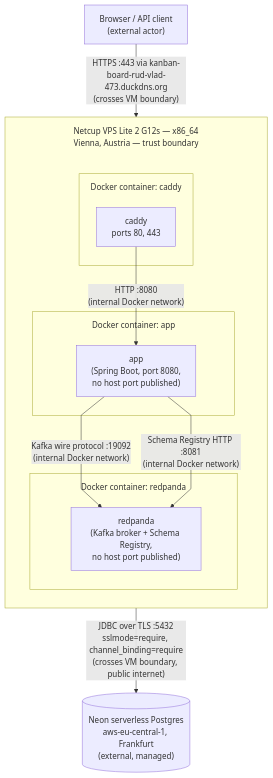
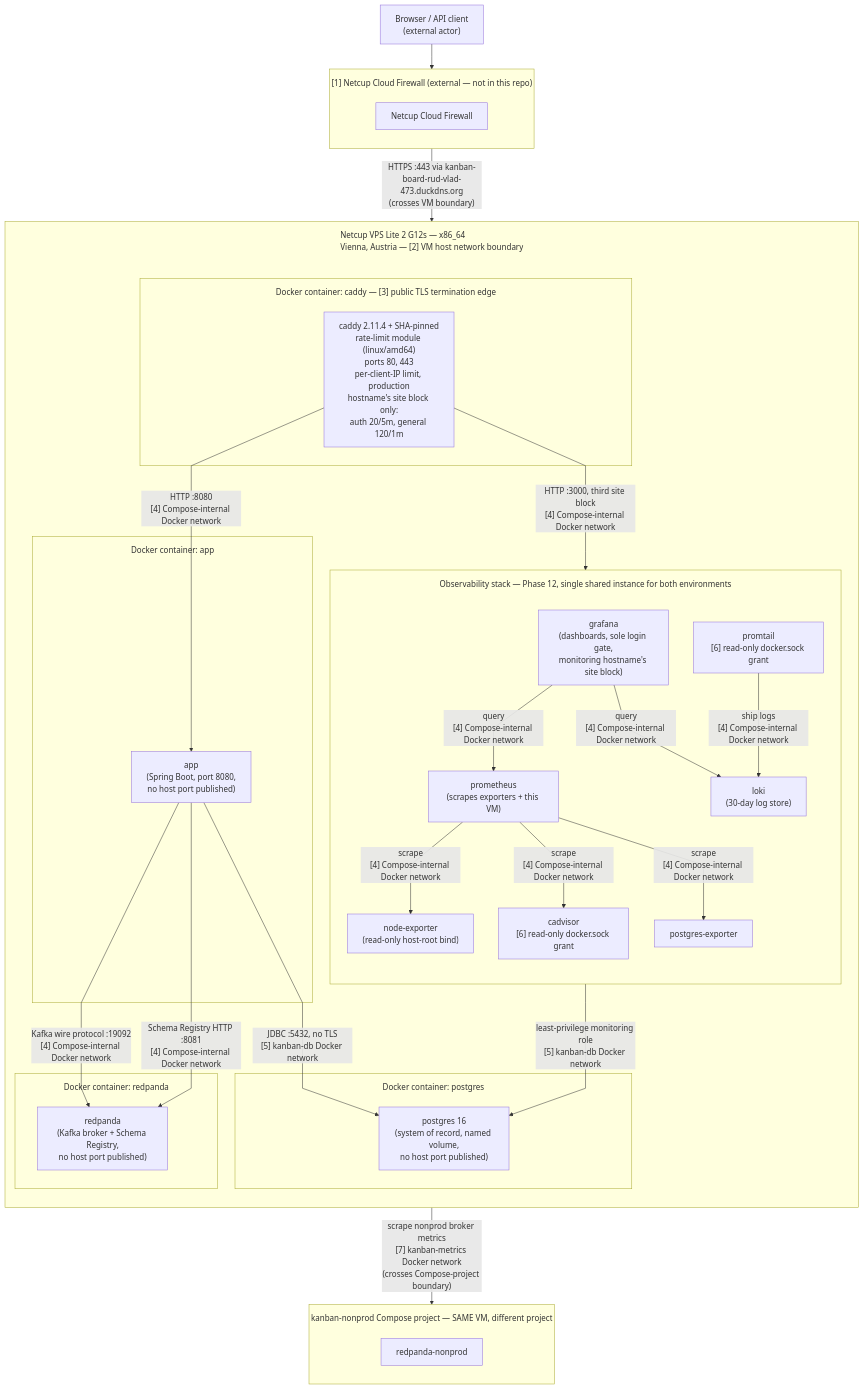
One commit to RudVlad473/kanban-board-backend changed the diagram in README.md. Above: the diagram before and after it, drawn with Mermaid. The commit also changed other lines of this file and 1 other file, not shown here.

Commit message:
docs: sync README's stale production-deployment diagram and prose
README embedded its own copy of docs/diagrams/infra-physical-deployment.mmd
plus a prose paragraph, both still describing the pre-Phase-11 Neon
topology -- no self-hosted Postgres, no Phase 12 observability stack, no
Netcup Cloud Firewall boundary, no Caddy rate limiter. The .mmd source and
docs/INFRA_ARCHITECTURE.md had already been kept current; nothing on that
document's own Maintenance Note list named the README copy, so it drifted
silently the same way the Neon claim did for four months before.

Replaced the embedded diagram with the current .mmd content byte-for-byte,
rewrote the surrounding prose (production + nonprod paragraphs, and the
CI/CD section's Flyway-verification bullet) against docs/INFRA_ARCHITECTURE.md's
already-accurate text, and added README.md to that document's Maintenance
Note list so this doesn't regress again.

````diff
--- a/README.md
+++ b/README.md
@@ -116,32 +116,64 @@
 ```mermaid
 %%{init: {"flowchart": {"subGraphTitleMargin": {"top": 15, "bottom": 15}, "curve": "linear"}}}%%
 flowchart TB
     client["Browser / API client<br/>(external actor)"]
 
-    subgraph netcup["Netcup VPS Lite 2 G12s — x86_64<br/>Vienna, Austria — trust boundary"]
+    subgraph netcup_edge["[1] Netcup Cloud Firewall (external — not in this repo)"]
+        direction TB
+        netcup_fw["Netcup Cloud Firewall"]
+    end
+
+    subgraph netcup["Netcup VPS Lite 2 G12s — x86_64<br/>Vienna, Austria — [2] VM host network boundary"]
         direction TB
 
         netcup_spacer[" "]
         style netcup_spacer height:1px,fill:none,stroke:none
 
-        subgraph caddy_box["Docker container: caddy"]
-            caddy["caddy<br/>ports 80, 443"]
+        subgraph caddy_box["Docker container: caddy — [3] public TLS termination edge"]
+            caddy["caddy 2.11.4 + SHA-pinned<br/>rate-limit module (linux/amd64)<br/>ports 80, 443<br/>per-client-IP limit, production<br/>hostname's site block only:<br/>auth 20/5m, general 120/1m"]
         end
         netcup_spacer ~~~ caddy_box
         subgraph app_box["Docker container: app"]
             app["app<br/>(Spring Boot, port 8080,<br/>no host port published)"]
         end
         subgraph redpanda_box["Docker container: redpanda"]
             redpanda["redpanda<br/>(Kafka broker + Schema Registry,<br/>no host port published)"]
         end
+        subgraph postgres_box["Docker container: postgres"]
+            postgres["postgres 16<br/>(system of record, named volume,<br/>no host port published)"]
+        end
 
-        caddy -- "HTTP :8080<br/>(internal Docker network)" --> app
-        app -- "Kafka wire protocol :19092<br/>(internal Docker network)" --> redpanda
-        app -- "Schema Registry HTTP :8081<br/>(internal Docker network)" --> redpanda
+        subgraph obs_box["Observability stack — Phase 12, single shared instance for both environments"]
+            direction TB
+            prometheus["prometheus<br/>(scrapes exporters + this VM)"]
+            grafana["grafana<br/>(dashboards, sole login gate,<br/>monitoring hostname's site block)"]
+            loki["loki<br/>(30-day log store)"]
+            promtail["promtail<br/>[6] read-only docker.sock grant"]
+            cadvisor["cadvisor<br/>[6] read-only docker.sock grant"]
+            node_exp["node-exporter<br/>(read-only host-root bind)"]
+            pg_exp["postgres-exporter"]
+        end
+
+        caddy -- "HTTP :8080<br/>[4] Compose-internal Docker network" --> app
+        caddy -- "HTTP :3000, third site block<br/>[4] Compose-internal Docker network" --> grafana
+        app -- "Kafka wire protocol :19092<br/>[4] Compose-internal Docker network" --> redpanda
+        app -- "Schema Registry HTTP :8081<br/>[4] Compose-internal Docker network" --> redpanda
+        app -- "JDBC :5432, no TLS<br/>[5] kanban-db Docker network" --> postgres
+        prometheus -- "scrape<br/>[4] Compose-internal Docker network" --> node_exp
+        prometheus -- "scrape<br/>[4] Compose-internal Docker network" --> cadvisor
+        prometheus -- "scrape<br/>[4] Compose-internal Docker network" --> pg_exp
+        pg_exp -- "least-privilege monitoring role<br/>[5] kanban-db Docker network" --> postgres
+        promtail -- "ship logs<br/>[4] Compose-internal Docker network" --> loki
+        grafana -- "query<br/>[4] Compose-internal Docker network" --> prometheus
+        grafana -- "query<br/>[4] Compose-internal Docker network" --> loki
     end
 
-    neon[("Neon serverless Postgres<br/>aws-eu-central-1, Frankfurt<br/>(external, managed)")]
+    subgraph nonprod_box["kanban-nonprod Compose project — SAME VM, different project"]
+        direction TB
+        redpanda_nonprod["redpanda-nonprod"]
+    end
+    prometheus -- "scrape nonprod broker metrics<br/>[7] kanban-metrics Docker network<br/>(crosses Compose-project boundary)" --> redpanda_nonprod
 
-    client -- "HTTPS :443 via kanban-board-rud-vlad-473.duckdns.org<br/>(crosses VM boundary)" --> caddy
-    app -- "JDBC over TLS :5432<br/>sslmode=require, channel_binding=require<br/>(crosses VM boundary, public internet)" --> neon
+    client --> netcup_fw
+    netcup_fw -- "HTTPS :443 via kanban-board-rud-vlad-473.duckdns.org<br/>(crosses VM boundary)" --> caddy
 ```
````
